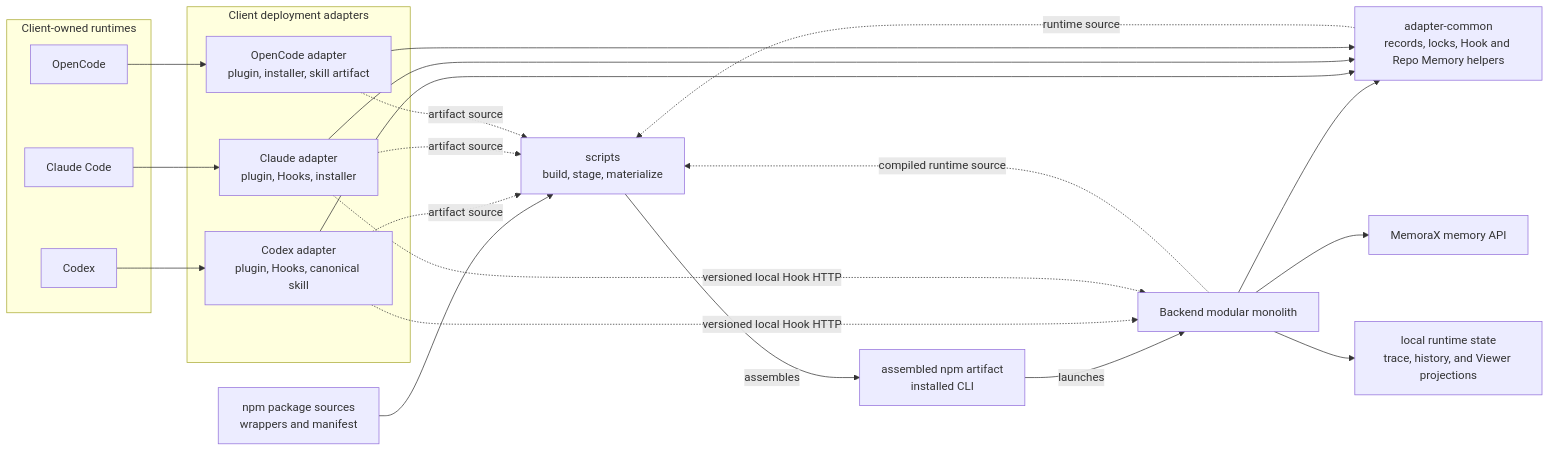
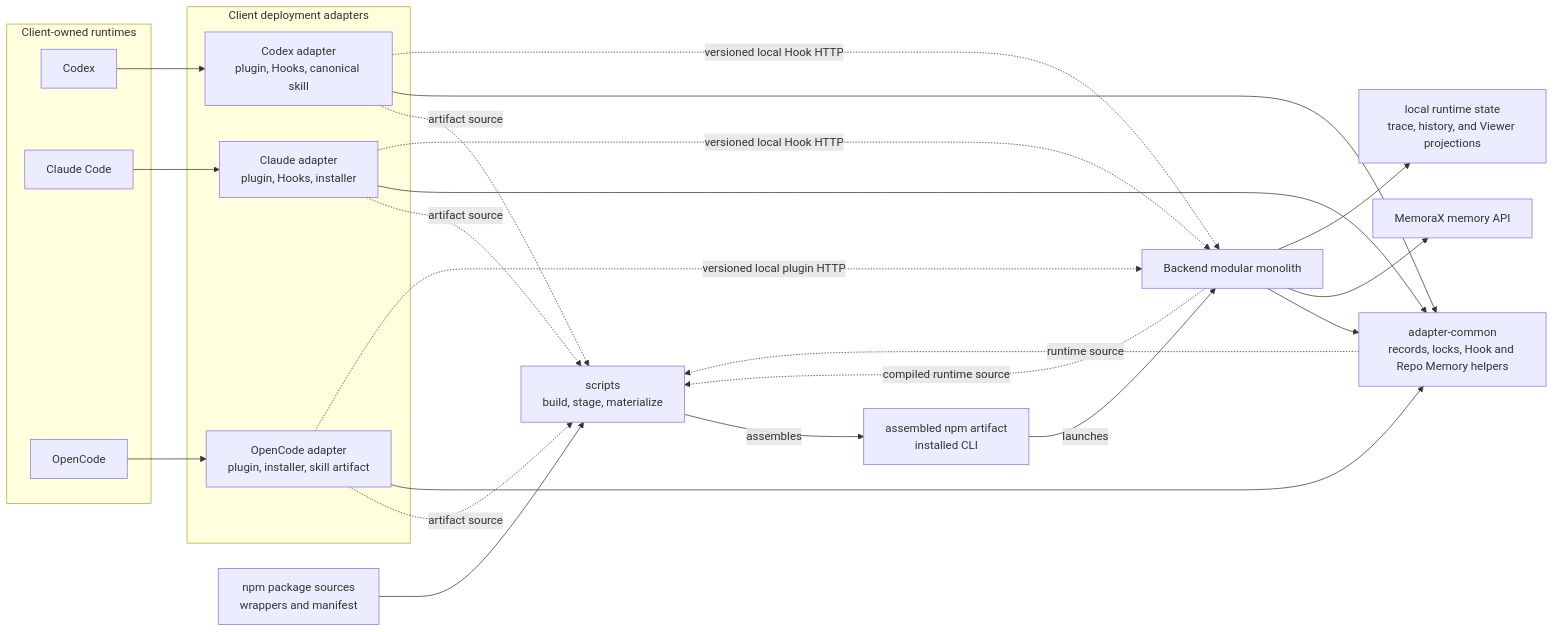
One commit to memorax-ai/memorax-code changed the first of 6 diagrams in ARCHITECTURE.md. Above: the diagram before and after it, drawn with Mermaid. The commit also changed other lines of this file and 30 other files, not shown here.

````diff
--- a/ARCHITECTURE.md
+++ b/ARCHITECTURE.md
@@ -39,45 +39,46 @@
 ```mermaid
 flowchart LR
   subgraph Clients["Client-owned runtimes"]
     Codex["Codex"]
     Claude["Claude Code"]
     OpenCode["OpenCode"]
   end
 
   subgraph Adapters["Client deployment adapters"]
     CodexAdapter["Codex adapter<br/>plugin, Hooks, canonical skill"]
     ClaudeAdapter["Claude adapter<br/>plugin, Hooks, installer"]
     OpenCodeAdapter["OpenCode adapter<br/>plugin, installer, skill artifact"]
   end
 
   Common["adapter-common<br/>records, locks, Hook and Repo Memory helpers"]
   Backend["Backend modular monolith"]
   Npm["npm package sources<br/>wrappers and manifest"]
   Build["scripts<br/>build, stage, materialize"]
   Artifact["assembled npm artifact<br/>installed CLI"]
   MemoraX["MemoraX memory API"]
   Local["local runtime state<br/>trace, history, and Viewer projections"]
 
   Npm --> Build
   Backend -. "compiled runtime source" .-> Build
   Common -. "runtime source" .-> Build
   CodexAdapter -. "artifact source" .-> Build
   ClaudeAdapter -. "artifact source" .-> Build
   OpenCodeAdapter -. "artifact source" .-> Build
   Build -->|"assembles"| Artifact
   Artifact -->|"launches"| Backend
 
   Backend --> Common
   CodexAdapter --> Common
   ClaudeAdapter --> Common
   OpenCodeAdapter --> Common
 
   Codex --> CodexAdapter
   Claude --> ClaudeAdapter
   OpenCode --> OpenCodeAdapter
   CodexAdapter -. "versioned local Hook HTTP" .-> Backend
   ClaudeAdapter -. "versioned local Hook HTTP" .-> Backend
+  OpenCodeAdapter -. "versioned local plugin HTTP" .-> Backend
 
   Backend --> MemoraX
   Backend --> Local
 ```
````
